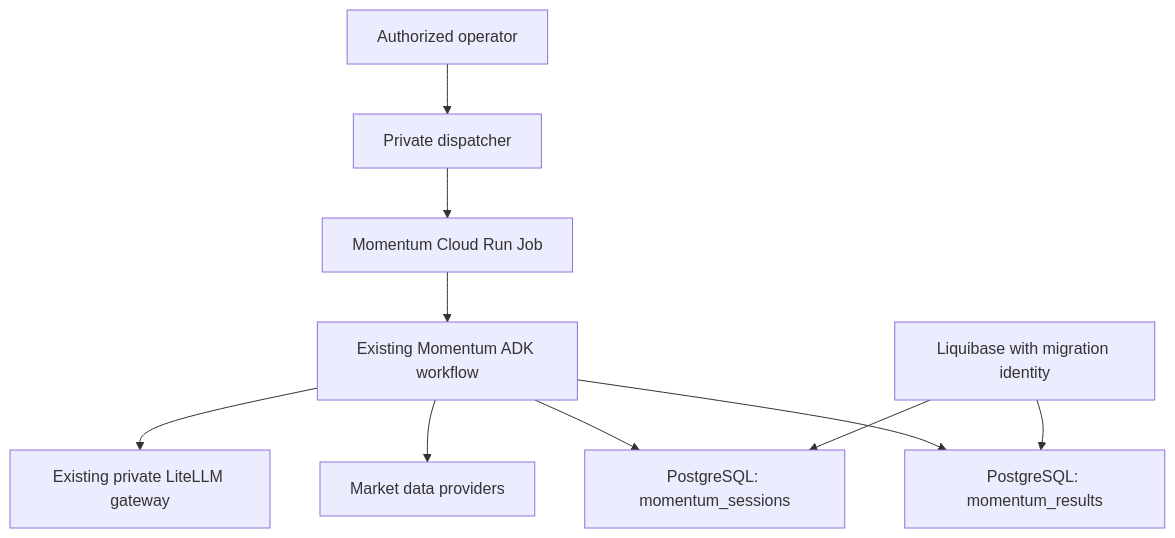
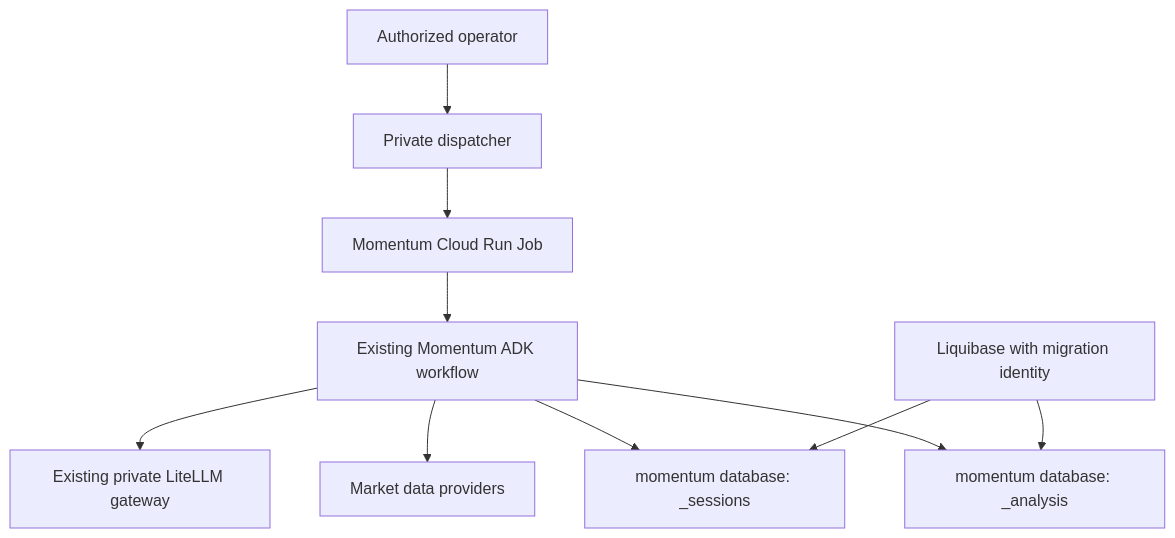
Before and after one commit to kaligautier/trading-on-IBKR-with-ADK-: the diagram in tasks/plan.md, drawn with Mermaid. The commit also changed other lines of this file and 2 other files, not shown here.

Commit message:
docs(momentum): record final single-database schema layout

````diff
--- a/tasks/plan.md
+++ b/tasks/plan.md
@@ -28,12 +28,12 @@
 ```mermaid
 flowchart TD
   Caller[Authorized operator] --> HTTP[Private dispatcher]
   HTTP --> Job[Momentum Cloud Run Job]
   Job --> ADK[Existing Momentum ADK workflow]
   ADK --> Gateway[Existing private LiteLLM gateway]
   ADK --> Data[Market data providers]
-  ADK --> Sessions[PostgreSQL: momentum_sessions]
-  ADK --> Results[PostgreSQL: momentum_results]
+  ADK --> Sessions[momentum database: _sessions]
+  ADK --> Results[momentum database: _analysis]
   Migrate[Liquibase with migration identity] --> Sessions
   Migrate --> Results
 ```
````
